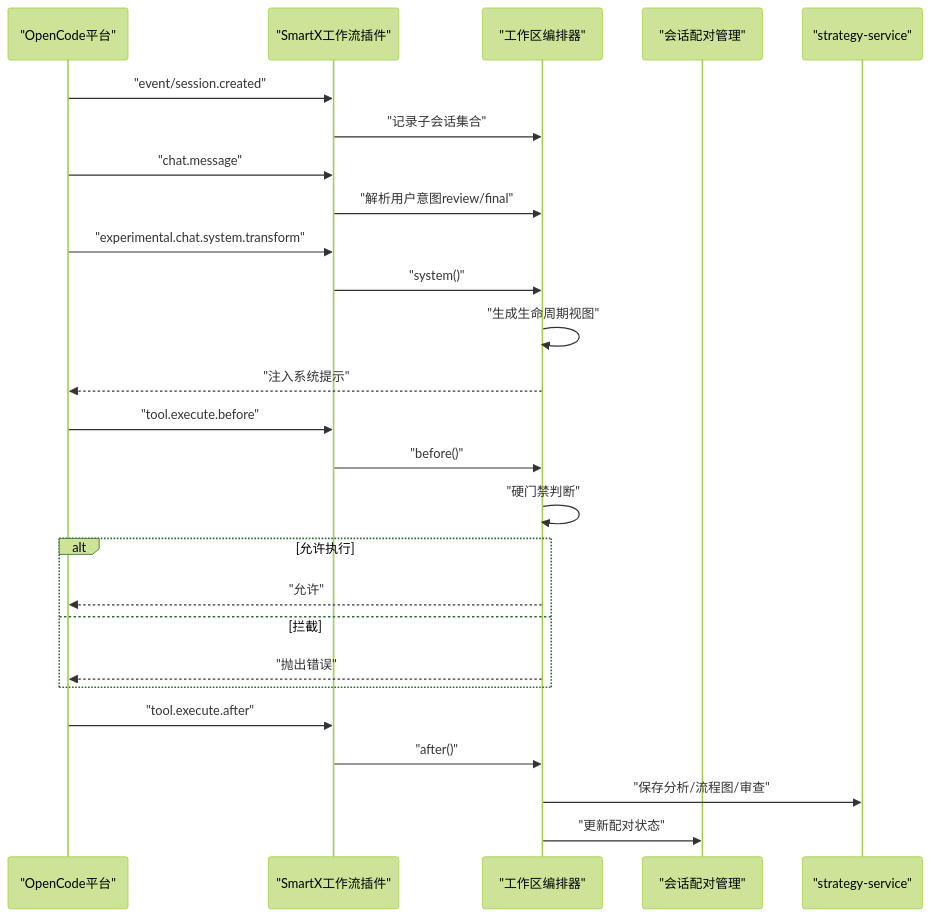
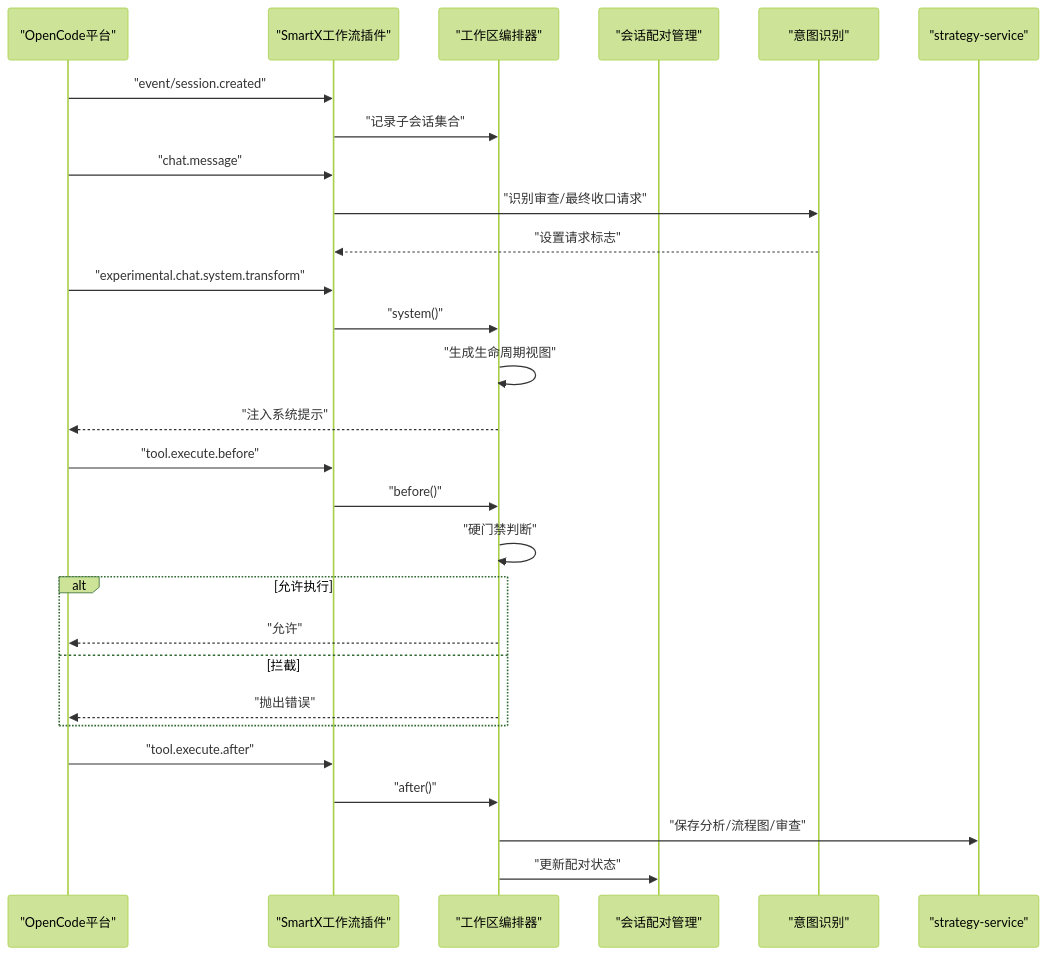
One commit to 89780012/opencode changed the second of 4 diagrams in .lingma/repowiki/zh/content/API参考/SmartX工作流API.md. Above: the diagram before and after it, drawn with Mermaid (forest theme). The commit also changed other lines of this file and 19 other files, not shown here.

````diff
--- a/.lingma/repowiki/zh/content/API参考/SmartX工作流API.md
+++ b/.lingma/repowiki/zh/content/API参考/SmartX工作流API.md
@@ -102,28 +124,30 @@
 ```mermaid
 sequenceDiagram
 participant OC as "OpenCode平台"
 participant SW as "SmartX工作流插件"
 participant WS as "工作区编排器"
 participant PAIR as "会话配对管理"
+participant INTENT as "意图识别"
 participant SVC as "strategy-service"
 OC->>SW : "event/session.created"
 SW->>WS : "记录子会话集合"
 OC->>SW : "chat.message"
-SW->>WS : "解析用户意图review/final"
+SW->>INTENT : "识别审查/最终收口请求"
+INTENT-->>SW : "设置请求标志"
 OC->>SW : "experimental.chat.system.transform"
 SW->>WS : "system()"
 WS->>WS : "生成生命周期视图"
 WS-->>OC : "注入系统提示"
 OC->>SW : "tool.execute.before"
 SW->>WS : "before()"
 WS->>WS : "硬门禁判断"
 alt 允许执行
 WS-->>OC : "允许"
 else 拦截
 WS-->>OC : "抛出错误"
 end
 OC->>SW : "tool.execute.after"
 SW->>WS : "after()"
 WS->>SVC : "保存分析/流程图/审查"
 WS->>PAIR : "更新配对状态"
 ```
````
